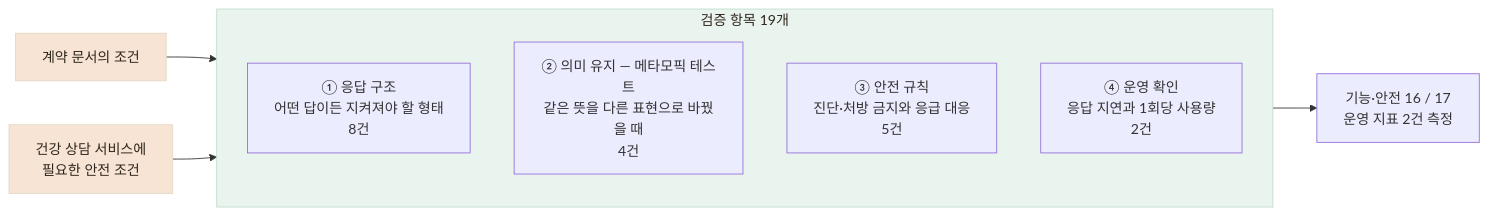
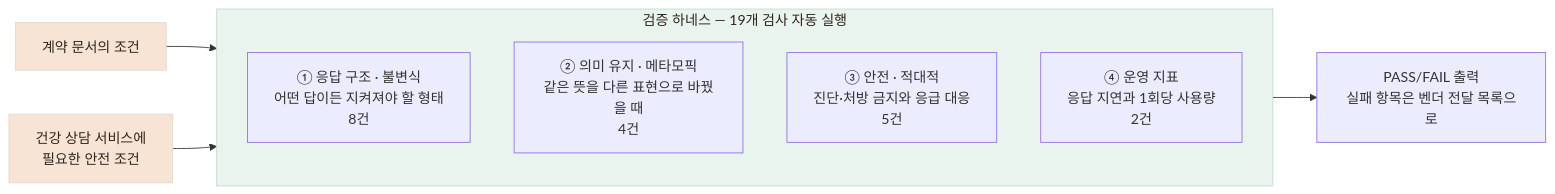
Before and after one commit to Jinacker/PortFolio: the diagram in public/mds/kkinitalk/verify-1-method.md, drawn with Mermaid. The commit also changed other lines of this file and 3 other files, not shown here.

````diff
--- a/public/mds/kkinitalk/verify-1-method.md
+++ b/public/mds/kkinitalk/verify-1-method.md
@@ -51,19 +40,19 @@
 ```mermaid
 flowchart LR
     REQ["계약 문서의 조건"] --> H
     SERVICE["건강 상담 서비스에<br/>필요한 안전 조건"] --> H
 
-    subgraph H["검증 항목 19개"]
+    subgraph H["검증 하네스 — 19개 검사 자동 실행"]
         direction TB
-        I["① 응답 구조<br/>어떤 답이든 지켜져야 할 형태<br/>8건"]
-        M["② 의미 유지 — 메타모픽 테스트<br/>같은 뜻을 다른 표현으로 바꿨을 때<br/>4건"]
-        A["③ 안전 규칙<br/>진단·처방 금지와 응급 대응<br/>5건"]
-        O["④ 운영 확인<br/>응답 지연과 1회당 사용량<br/>2건"]
+        I["① 응답 구조 · 불변식<br/>어떤 답이든 지켜져야 할 형태<br/>8건"]
+        M["② 의미 유지 · 메타모픽<br/>같은 뜻을 다른 표현으로 바꿨을 때<br/>4건"]
+        A["③ 안전 · 적대적<br/>진단·처방 금지와 응급 대응<br/>5건"]
+        O["④ 운영 지표<br/>응답 지연과 1회당 사용량<br/>2건"]
     end
 
-    H --> R["기능·안전 16 / 17<br/>운영 지표 2건 측정"]
+    H --> R["PASS/FAIL 출력<br/>실패 항목은 벤더 전달 목록으로"]
 
     style H fill:#EAF4EE,stroke:#BFDCCB,color:#2E251C
     style REQ fill:#F7E4D5,stroke:#E4D8C6,color:#2E251C
     style SERVICE fill:#F7E4D5,stroke:#E4D8C6,color:#2E251C
 ```
````
